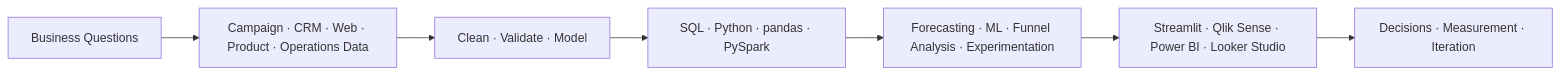
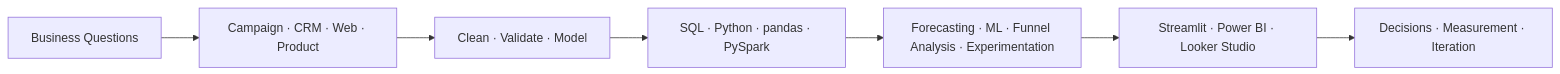
One commit to kumarmohit3194/kumarmohit3194 changed the diagram in README.md. Above: the diagram before and after it, drawn with Mermaid.

Commit message:
Simplify analytics workflow graph

````diff
--- a/README.md
+++ b/README.md
@@ -63,9 +63,9 @@
 ```mermaid
 flowchart LR
-    A["Business Questions"] --> B["Campaign · CRM · Web · Product · Operations Data"]
+    A["Business Questions"] --> B["Campaign · CRM · Web · Product"]
     B --> C["Clean · Validate · Model"]
     C --> D["SQL · Python · pandas · PySpark"]
     D --> E["Forecasting · ML · Funnel Analysis · Experimentation"]
-    E --> F["Streamlit · Qlik Sense · Power BI · Looker Studio"]
+    E --> F["Streamlit · Power BI · Looker Studio"]
     F --> G["Decisions · Measurement · Iteration"]
 ```
````
